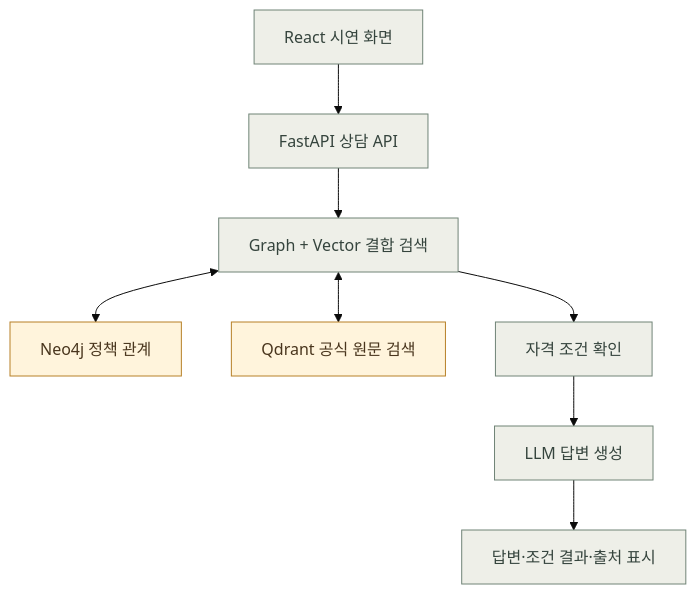
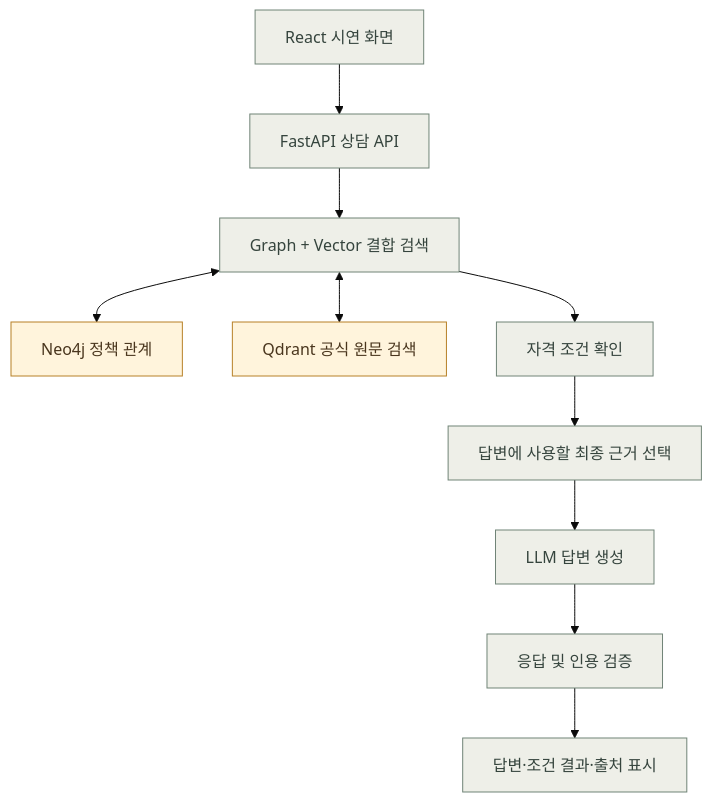
One commit to SKNETWORKS-FAMILY-AICAMP/SKN36-3rd-1Team changed the diagram in README.md. Above: the diagram before and after it, drawn with Mermaid (base theme). The commit also changed other lines of this file, not shown here.

````diff
--- a/README.md
+++ b/README.md
@@ -53,14 +62,16 @@
 ```mermaid
 flowchart TD
     UI["React 시연 화면"] --> API["FastAPI 상담 API"]
     API --> SEARCH["Graph + Vector 결합 검색"]
     SEARCH <--> N["Neo4j 정책 관계"]
     SEARCH <--> Q["Qdrant 공식 원문 검색"]
     SEARCH --> CHECK["자격 조건 확인"]
-    CHECK --> LLM["LLM 답변 생성"]
-    LLM --> RESULT["답변·조건 결과·출처 표시"]
+    CHECK --> EVIDENCE["답변에 사용할 최종 근거 선택"]
+    EVIDENCE --> LLM["LLM 답변 생성"]
+    LLM --> VALIDATE["응답 및 인용 검증"]
+    VALIDATE --> RESULT["답변·조건 결과·출처 표시"]
     classDef app fill:#eeefe8,stroke:#708477,color:#35443d
     classDef data fill:#fff4dc,stroke:#b78027,color:#49351d
-    class UI,API,SEARCH,CHECK,LLM,RESULT app
+    class UI,API,SEARCH,CHECK,EVIDENCE,LLM,VALIDATE,RESULT app
     class N,Q data
 ```
````
